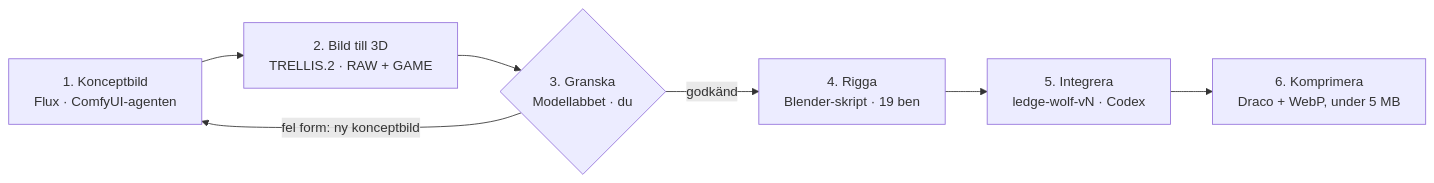
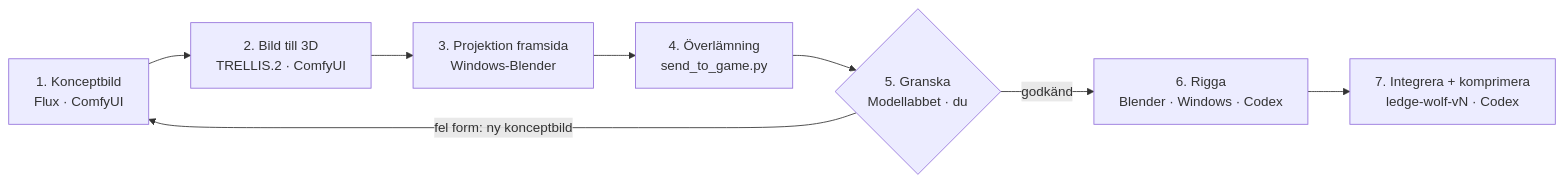
One commit to matsviktornilsson-lgtm/blackwood-game changed the diagram in docs/MODEL_PIPELINE.md. Above: the diagram before and after it, drawn with Mermaid. The commit also changed other lines of this file and 40 other files, not shown here.

````diff
--- a/docs/MODEL_PIPELINE.md
+++ b/docs/MODEL_PIPELINE.md
@@ -9,9 +9,10 @@
 ```mermaid
 flowchart LR
-    S1["1. Konceptbild<br/>Flux · ComfyUI-agenten"] --> S2["2. Bild till 3D<br/>TRELLIS.2 · RAW + GAME"]
-    S2 --> S3{"3. Granska<br/>Modellabbet · du"}
-    S3 -- "fel form: ny konceptbild" --> S1
-    S3 -- godkänd --> S4["4. Rigga<br/>Blender-skript · 19 ben"]
-    S4 --> S5["5. Integrera<br/>ledge-wolf-vN · Codex"]
-    S5 --> S6["6. Komprimera<br/>Draco + WebP, under 5 MB"]
+    S1["1. Konceptbild<br/>Flux · ComfyUI"] --> S2["2. Bild till 3D<br/>TRELLIS.2 · ComfyUI"]
+    S2 --> S3["3. Projektion framsida<br/>Windows-Blender"]
+    S3 --> S4["4. Överlämning<br/>send_to_game.py"]
+    S4 --> S5{"5. Granska<br/>Modellabbet · du"}
+    S5 -- "fel form: ny konceptbild" --> S1
+    S5 -- godkänd --> S6["6. Rigga<br/>Blender · Windows · Codex"]
+    S6 --> S7["7. Integrera + komprimera<br/>ledge-wolf-vN · Codex"]
 ```
````
